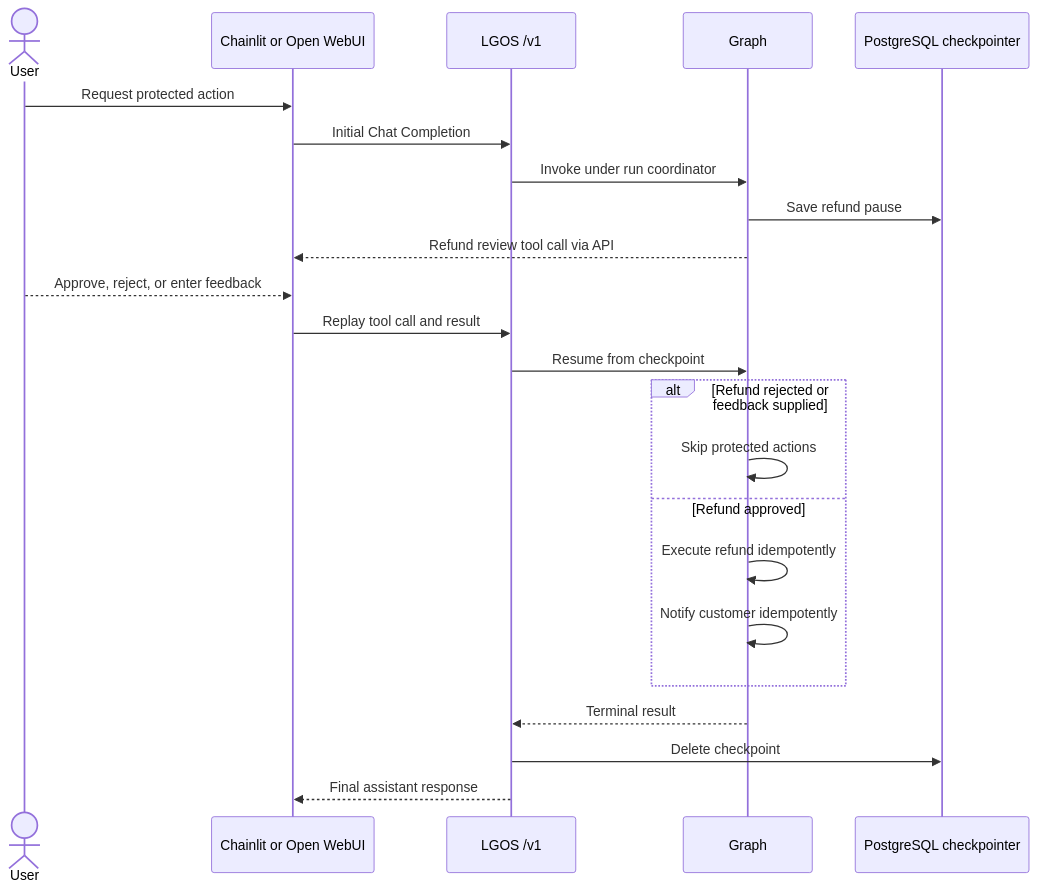
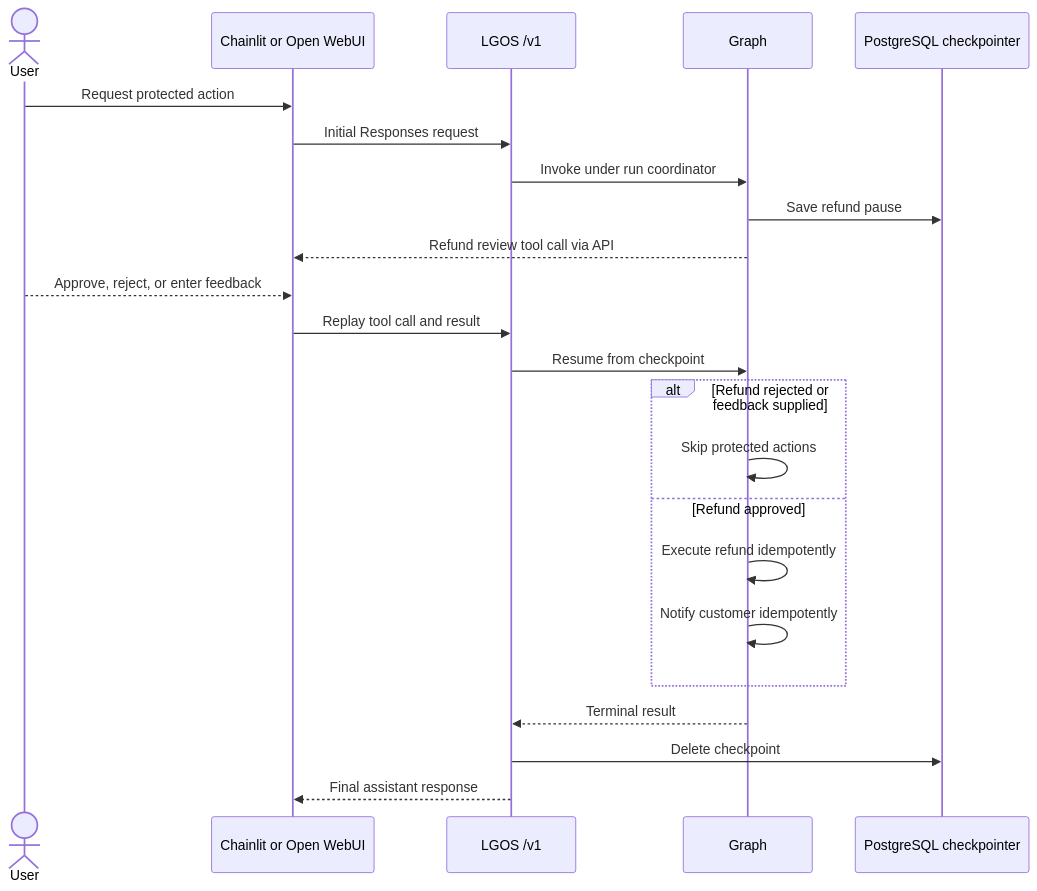
One commit to ilkersigirci/langgraph-openai-serve changed the second of 2 diagrams in docs/demo/graphs/interruptible-approval.md. Above: the diagram before and after it, drawn with Mermaid. The commit also changed 191 other files, not shown here.

First line of the commit message:
feat: openai responses api initial implementation

````diff
--- a/docs/demo/graphs/interruptible-approval.md
+++ b/docs/demo/graphs/interruptible-approval.md
@@ -33,26 +33,26 @@
 ```mermaid
 sequenceDiagram
   actor User
   participant UI as Chainlit or Open WebUI
   participant API as LGOS /v1
   participant Graph
   participant DB as PostgreSQL checkpointer
 
   User->>UI: Request protected action
-  UI->>API: Initial Chat Completion
+  UI->>API: Initial Responses request
   API->>Graph: Invoke under run coordinator
   Graph->>DB: Save refund pause
   Graph-->>UI: Refund review tool call via API
   User-->>UI: Approve, reject, or enter feedback
   UI->>API: Replay tool call and result
   API->>Graph: Resume from checkpoint
   alt Refund rejected or feedback supplied
     Graph->>Graph: Skip protected actions
   else Refund approved
     Graph->>Graph: Execute refund idempotently
     Graph->>Graph: Notify customer idempotently
   end
   Graph-->>API: Terminal result
   API->>DB: Delete checkpoint
   API-->>UI: Final assistant response
 ```
````
